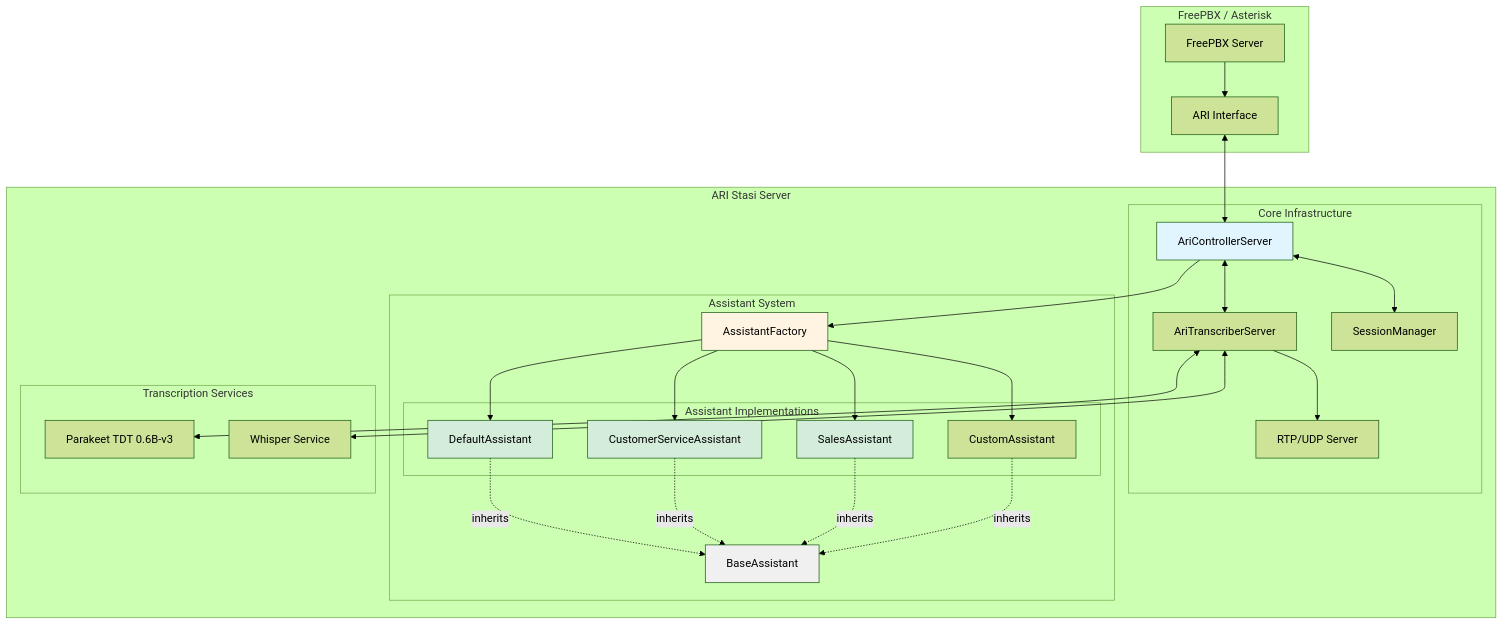
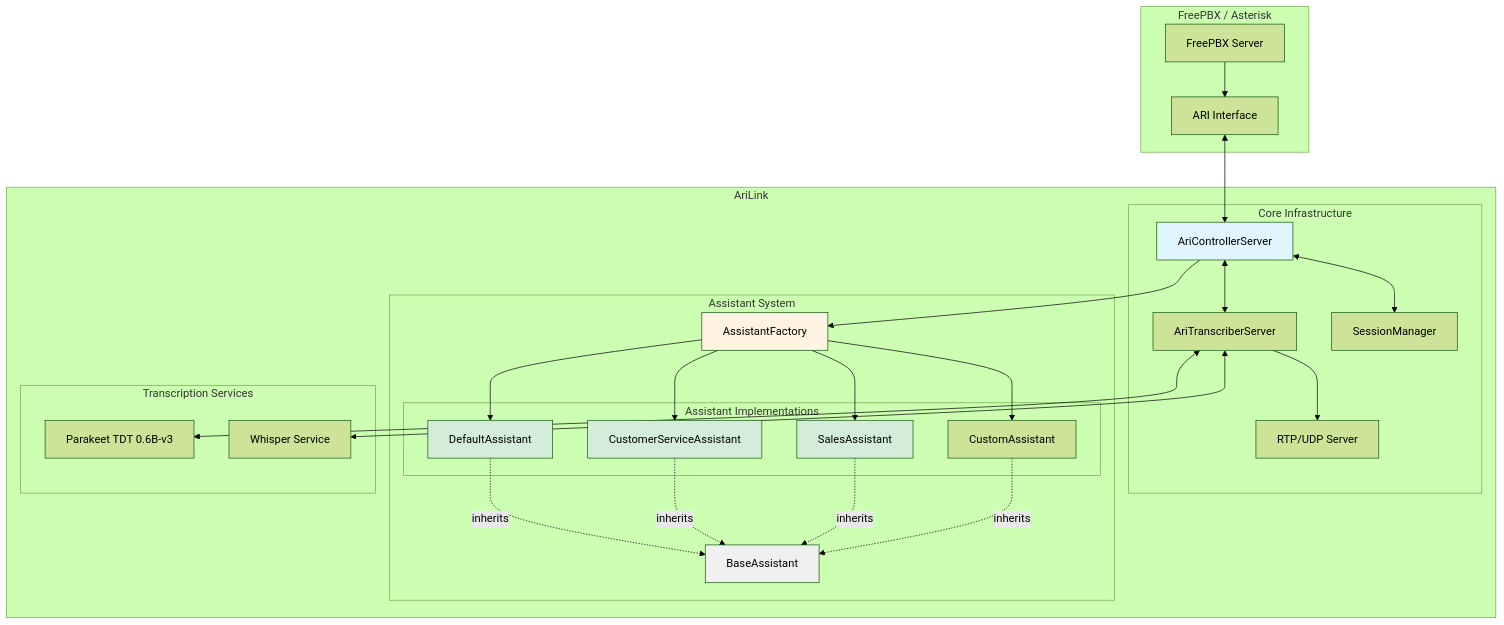
Before and after one commit to alexiokay/AriLink: the first of 5 diagrams in docs/ASSISTANT-ARCHITECTURE.md, drawn with Mermaid (forest theme). The commit also changed other lines of this file and 17 other files, not shown here.

First line of the commit message:
Rename project to AriLink and deduplicate documentation

````diff
--- a/docs/ASSISTANT-ARCHITECTURE.md
+++ b/docs/ASSISTANT-ARCHITECTURE.md
@@ -35,60 +35,60 @@
 ```mermaid
 graph TB
     subgraph "FreePBX / Asterisk"
         PBX[FreePBX Server]
         ARI[ARI Interface]
     end
 
-    subgraph "ARI Stasi Server"
+    subgraph "AriLink"
         subgraph "Core Infrastructure"
             Controller[AriControllerServer]
             Transcriber[AriTranscriberServer]
             Manager[SessionManager]
             RTP[RTP/UDP Server]
         end
 
         subgraph "Assistant System"
             Factory[AssistantFactory]
             Base[BaseAssistant]
 
             subgraph "Assistant Implementations"
                 Default[DefaultAssistant]
                 CS[CustomerServiceAssistant]
                 Sales[SalesAssistant]
                 Custom[CustomAssistant]
             end
         end
 
         subgraph "Transcription Services"
             Parakeet[Parakeet TDT 0.6B-v3]
             Whisper[Whisper Service]
         end
     end
 
     PBX --> ARI
     ARI <--> Controller
     Controller --> Factory
     Factory --> Default
     Factory --> CS
     Factory --> Sales
     Factory --> Custom
 
     Default -.inherits.-> Base
     CS -.inherits.-> Base
     Sales -.inherits.-> Base
     Custom -.inherits.-> Base
 
     Controller <--> Manager
     Transcriber --> RTP
     Transcriber <--> Parakeet
     Transcriber <--> Whisper
 
     Controller <--> Transcriber
 
     style Controller fill:#e1f5ff
     style Factory fill:#fff4e1
     style Base fill:#f0f0f0
     style Default fill:#d4edda
     style CS fill:#d4edda
     style Sales fill:#d4edda
 ```
````
